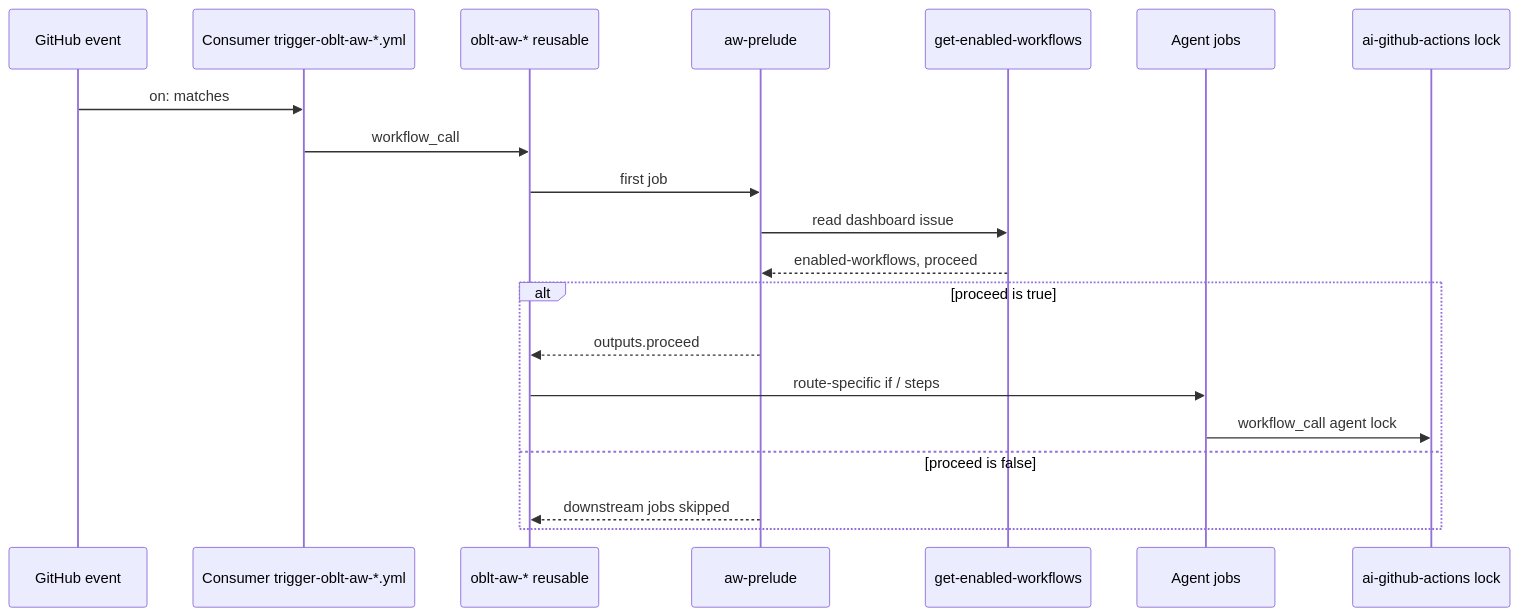
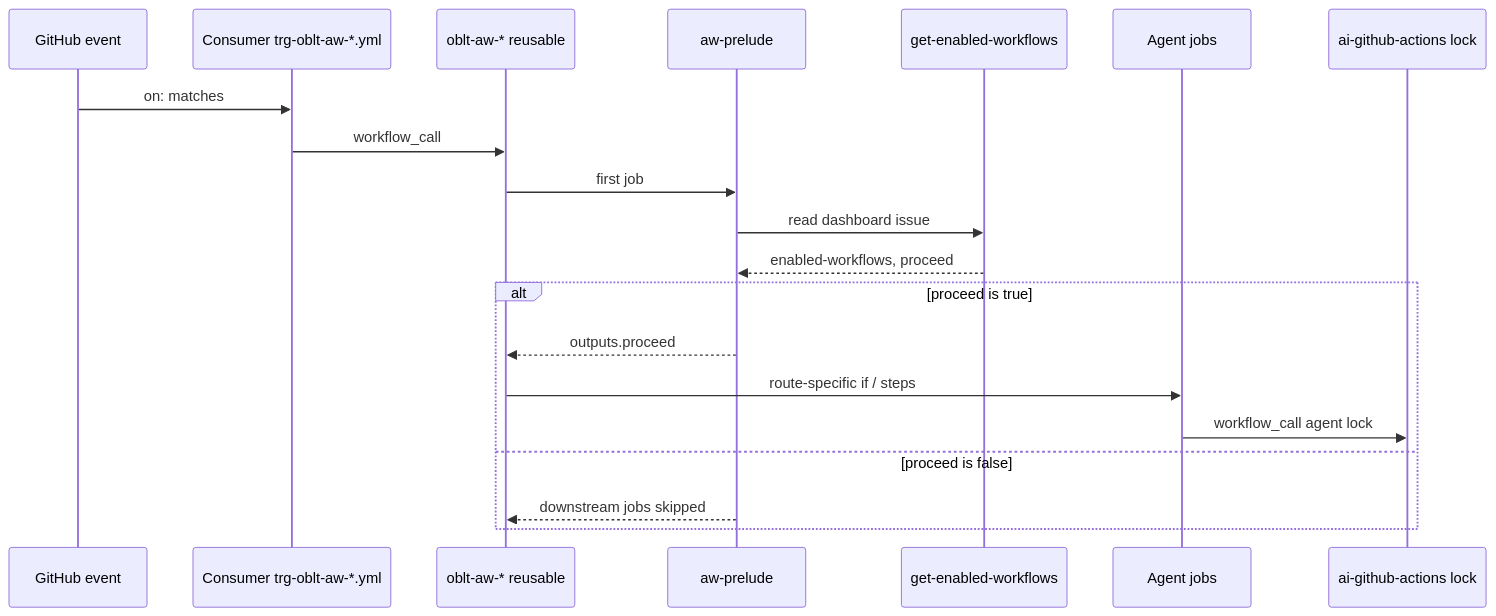
One commit to elastic/oblt-aw changed the third of 4 diagrams in docs/architecture/overview.md. Above: the diagram before and after it, drawn with Mermaid. The commit also changed other lines of this file and 50 other files, not shown here.

First line of the commit message:
refactor(templates): shorten client prefix from trigger- to trg-

````diff
--- a/docs/architecture/overview.md
+++ b/docs/architecture/overview.md
@@ -114,23 +114,23 @@
 ```mermaid
 sequenceDiagram
   participant GH as GitHub event
-  participant Client as Consumer trigger-oblt-aw-*.yml
+  participant Client as Consumer trg-oblt-aw-*.yml
   participant Reuse as oblt-aw-* reusable
   participant Prelude as aw-prelude
   participant GET as get-enabled-workflows
   participant Agent as Agent jobs
   participant Up as ai-github-actions lock
 
   GH->>Client: on: matches
   Client->>Reuse: workflow_call
   Reuse->>Prelude: first job
   Prelude->>GET: read dashboard issue
   GET-->>Prelude: enabled-workflows, proceed
   alt proceed is true
     Prelude-->>Reuse: outputs.proceed
     Reuse->>Agent: route-specific if / steps
     Agent->>Up: workflow_call agent lock
   else proceed is false
     Prelude-->>Reuse: downstream jobs skipped
   end
 ```
````
